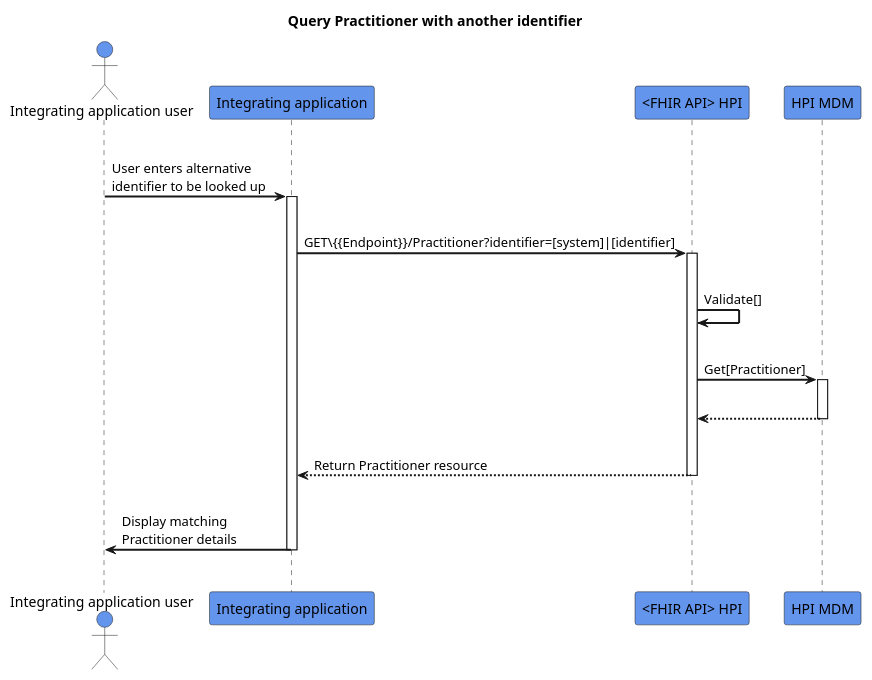
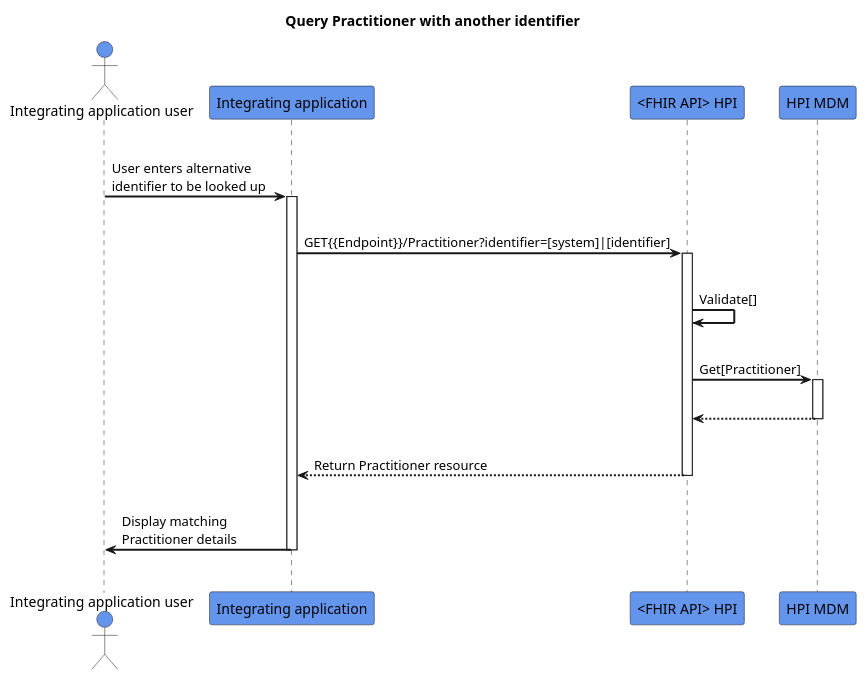
The diagram in input/images-source/query-practitioner.plantuml (HL7NZ/hpi), drawn with PlantUML before and after one commit.

```diff
--- a/input/images-source/query-practitioner.plantuml
+++ b/input/images-source/query-practitioner.plantuml
@@ -1,32 +1,32 @@
 @startuml
 skinparam sequenceArrowThickness 2
 skinparam roundcorner 5
 skinparam maxmessagesize 180
 skinparam sequenceParticipant bold
 title Query Practitioner with another identifier 
 actor "Integrating application user" as User #CornflowerBlue
 participant "Integrating application" as A #CornflowerBlue
 participant "<FHIR API> HPI" as B #CornflowerBlue
 participant "HPI MDM" as C #CornflowerBlue
 |||
 User -> A: User enters alternative identifier to be looked up
 activate A
 |||
-A -> B: GET\{{Endpoint}}/Practitioner?identifier=[system]|[identifier]
+A -> B: GET{{Endpoint}}/Practitioner?identifier=[system]|[identifier]
 activate B
 |||
 B -> B: Validate[]
 |||
 B -> C: Get[Practitioner]
 activate C
 |||
 C -[dashed]-> B:  
 deactivate C
 |||
 B -[dashed]-> A:Return Practitioner resource
 deactivate B
 |||
 A -> User: Display matching Practitioner details
 deactivate A
 |||
 @enduml
```
